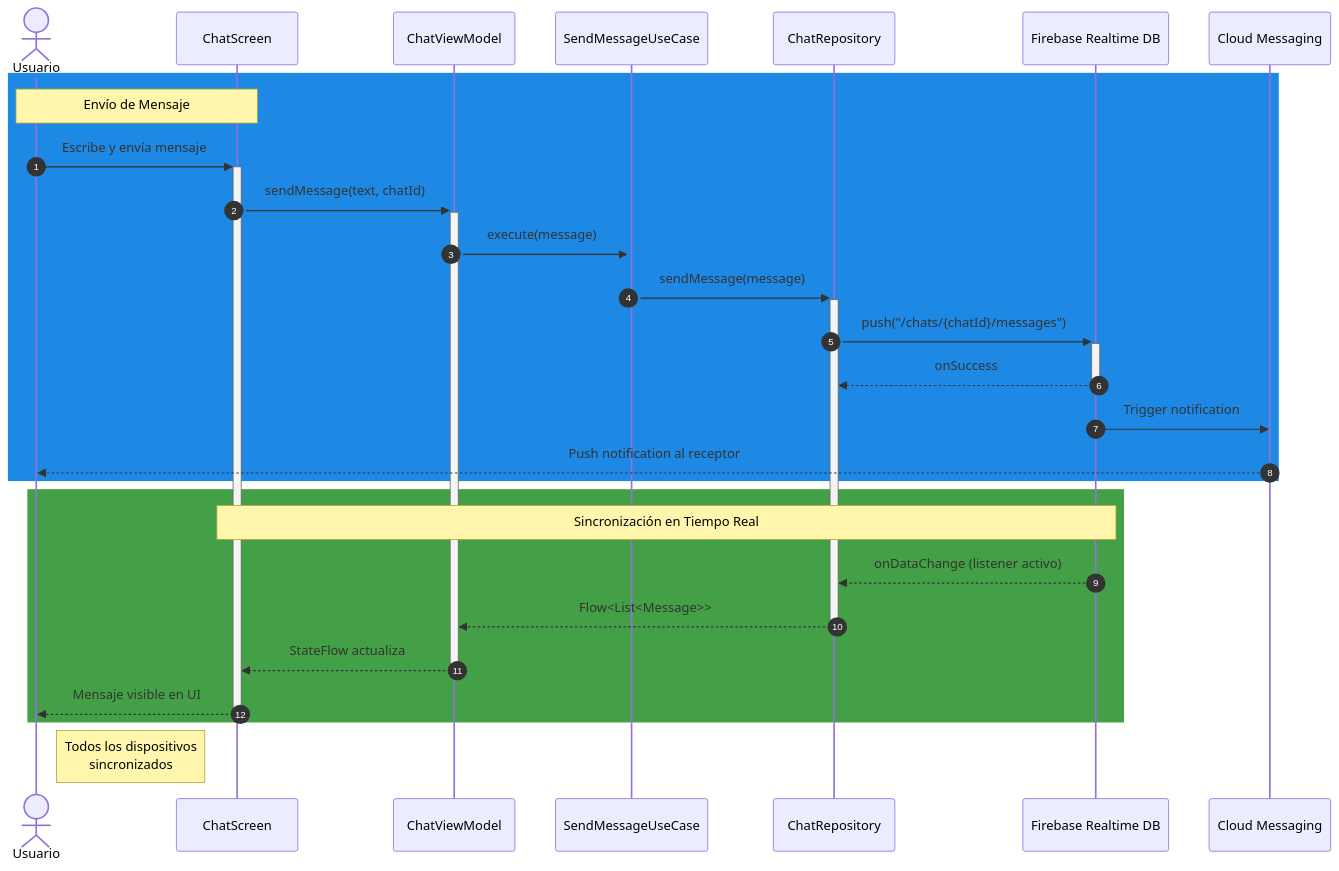
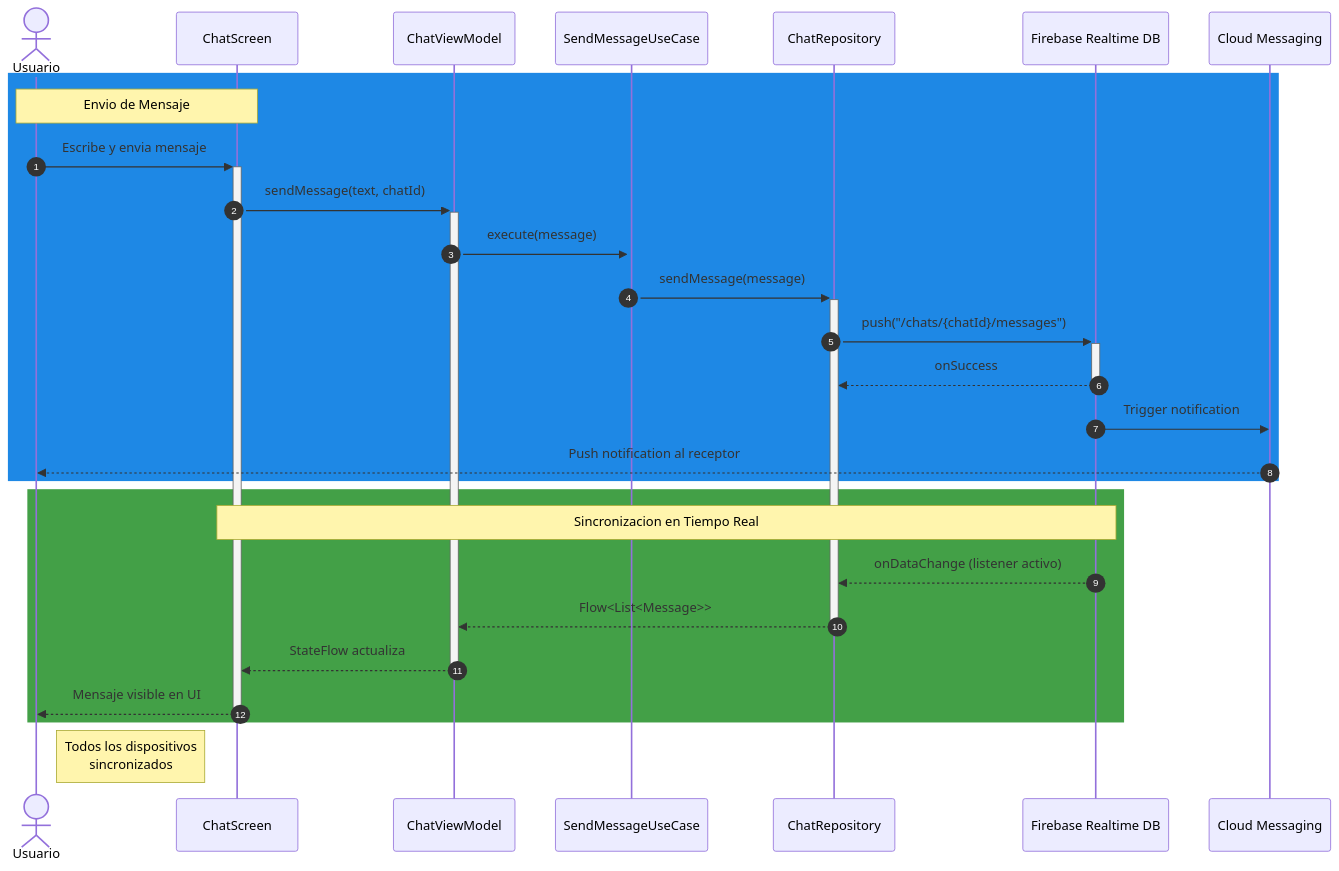
The third of 6 diagrams in README.md (Azelmods677/NexusChat), drawn with Mermaid before and after one commit. The commit also changed other lines of this file and 13 other files, not shown here.

````diff
--- a/README.md
+++ b/README.md
@@ -205,33 +205,33 @@
 ```mermaid
 sequenceDiagram
     autonumber
     actor Usuario
     participant UI as ChatScreen
     participant VM as ChatViewModel
     participant UC as SendMessageUseCase
     participant REPO as ChatRepository
     participant FB as Firebase Realtime DB
     participant FCM as Cloud Messaging
 
     rect rgb(30, 136, 229)
-    Note over Usuario,UI: Envío de Mensaje
-    Usuario->>+UI: Escribe y envía mensaje
+    Note over Usuario,UI: Envio de Mensaje
+    Usuario->>+UI: Escribe y envia mensaje
     UI->>+VM: sendMessage(text, chatId)
     VM->>+UC: execute(message)
     UC->>+REPO: sendMessage(message)
     REPO->>+FB: push("/chats/{chatId}/messages")
     FB-->>-REPO: onSuccess
     FB->>FCM: Trigger notification
     FCM-->>Usuario: Push notification al receptor
     end
     
     rect rgb(67, 160, 71)
-    Note over FB,UI: Sincronización en Tiempo Real
+    Note over FB,UI: Sincronizacion en Tiempo Real
     FB-->>REPO: onDataChange (listener activo)
     REPO-->>-VM: Flow<List<Message>>
     VM-->>-UI: StateFlow actualiza
     UI-->>-Usuario: Mensaje visible en UI
     end
     
     Note right of Usuario: Todos los dispositivos<br/>sincronizados
 ```
````
